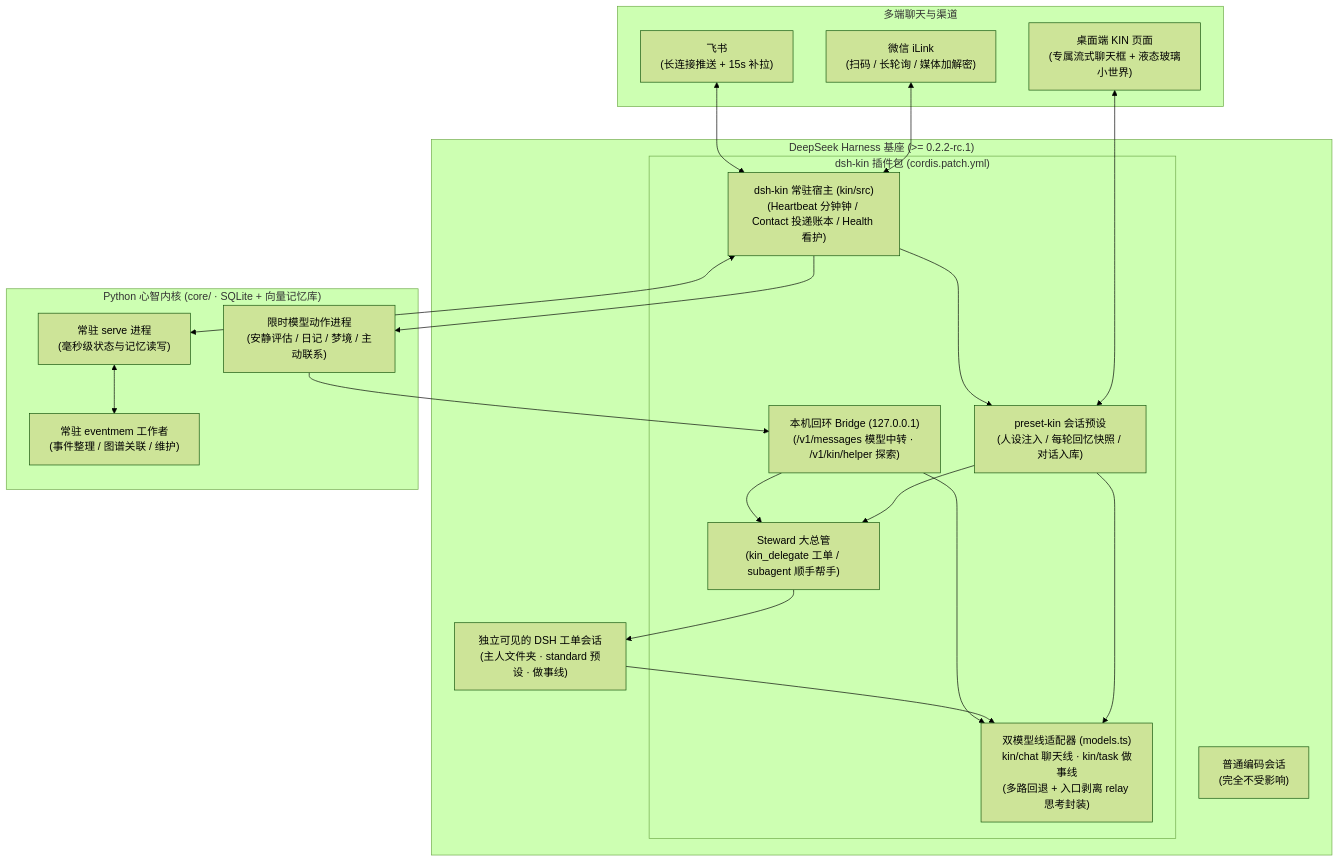
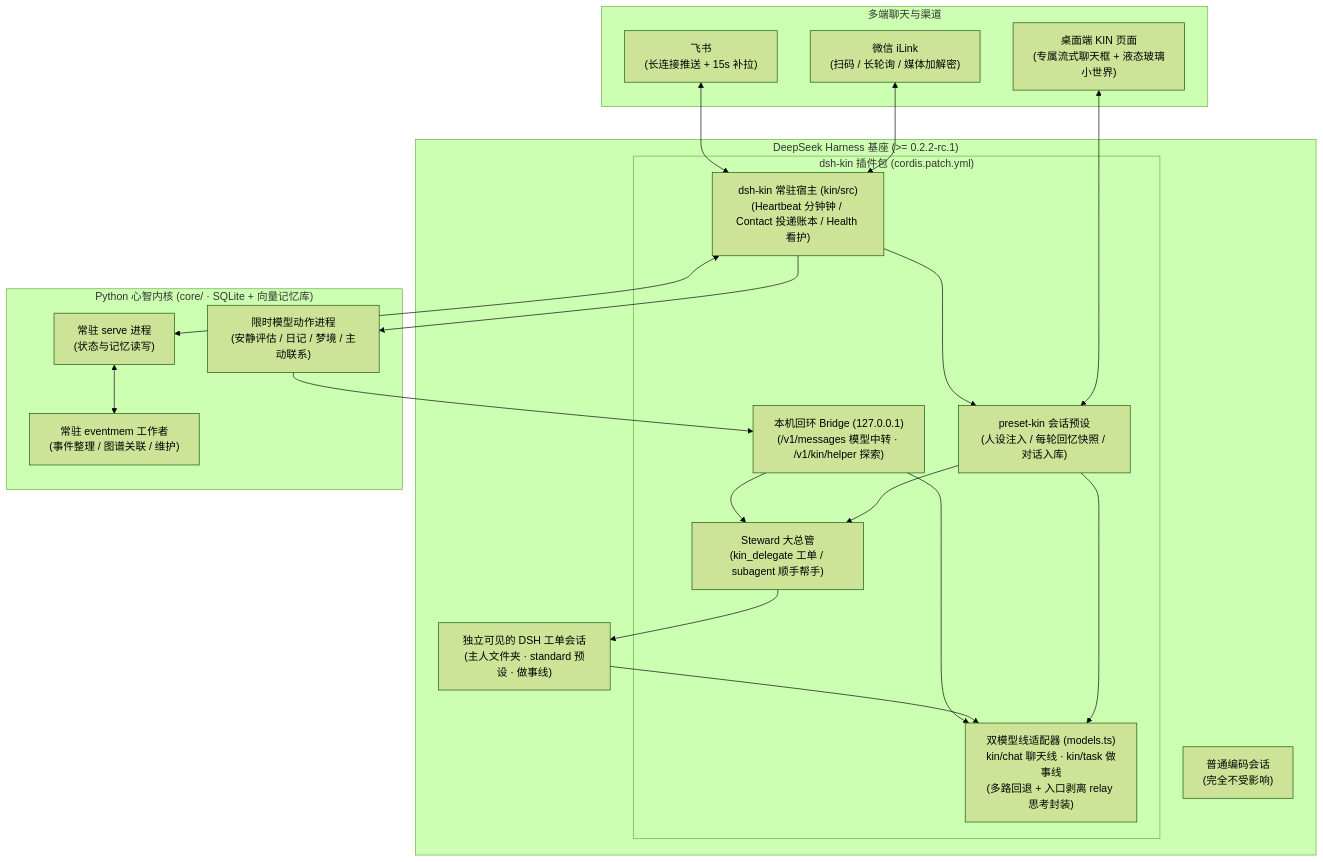
One commit to mycyg/kin-mind changed the diagram in README.md. Above: the diagram before and after it, drawn with Mermaid (forest theme). The commit also changed other lines of this file, not shown here.

````diff
--- a/README.md
+++ b/README.md
@@ -104,41 +104,41 @@
 ```mermaid
 flowchart TB
   subgraph Channels["多端聊天与渠道"]
     UI["桌面端 KIN 页面<br/>(专属流式聊天框 + 液态玻璃小世界)"]
     WX["微信 iLink<br/>(扫码 / 长轮询 / 媒体加解密)"]
     FS["飞书<br/>(长连接推送 + 15s 补拉)"]
   end
 
   subgraph DSH["DeepSeek Harness 基座 (>= 0.2.2-rc.1)"]
     subgraph Plugin["dsh-kin 插件包 (cordis.patch.yml)"]
       Preset["preset-kin 会话预设<br/>(人设注入 / 每轮回忆快照 / 对话入库)"]
       Host["dsh-kin 常驻宿主 (kin/src)<br/>(Heartbeat 分钟钟 / Contact 投递账本 / Health 看护)"]
       Steward["Steward 大总管<br/>(kin_delegate 工单 / subagent 顺手帮手)"]
       Lanes["双模型线适配器 (models.ts)<br/>kin/chat 聊天线 · kin/task 做事线<br/>(多路回退 + 入口剥离 relay 思考封装)"]
       Bridge["本机回环 Bridge (127.0.0.1)<br/>(/v1/messages 模型中转 · /v1/kin/helper 探索)"]
     end
     Worker["独立可见的 DSH 工单会话<br/>(主人文件夹 · standard 预设 · 做事线)"]
     Coding["普通编码会话<br/>(完全不受影响)"]
   end
 
   subgraph Core["Python 心智内核 (core/ · SQLite + 向量记忆库)"]
-    Serve["常驻 serve 进程<br/>(毫秒级状态与记忆读写)"]
+    Serve["常驻 serve 进程<br/>(状态与记忆读写)"]
     Action["限时模型动作进程<br/>(安静评估 / 日记 / 梦境 / 主动联系)"]
     EventMem["常驻 eventmem 工作者<br/>(事件整理 / 图谱关联 / 维护)"]
   end
 
   UI <--> Preset
   WX <--> Host
   FS <--> Host
   Host --> Preset
   Preset --> Lanes
   Preset --> Steward
   Steward --> Worker
   Worker --> Lanes
   Host <--> Serve
   Host --> Action
   Action --> Bridge
   Bridge --> Lanes
   Bridge --> Steward
   Serve <--> EventMem
 ```
````
